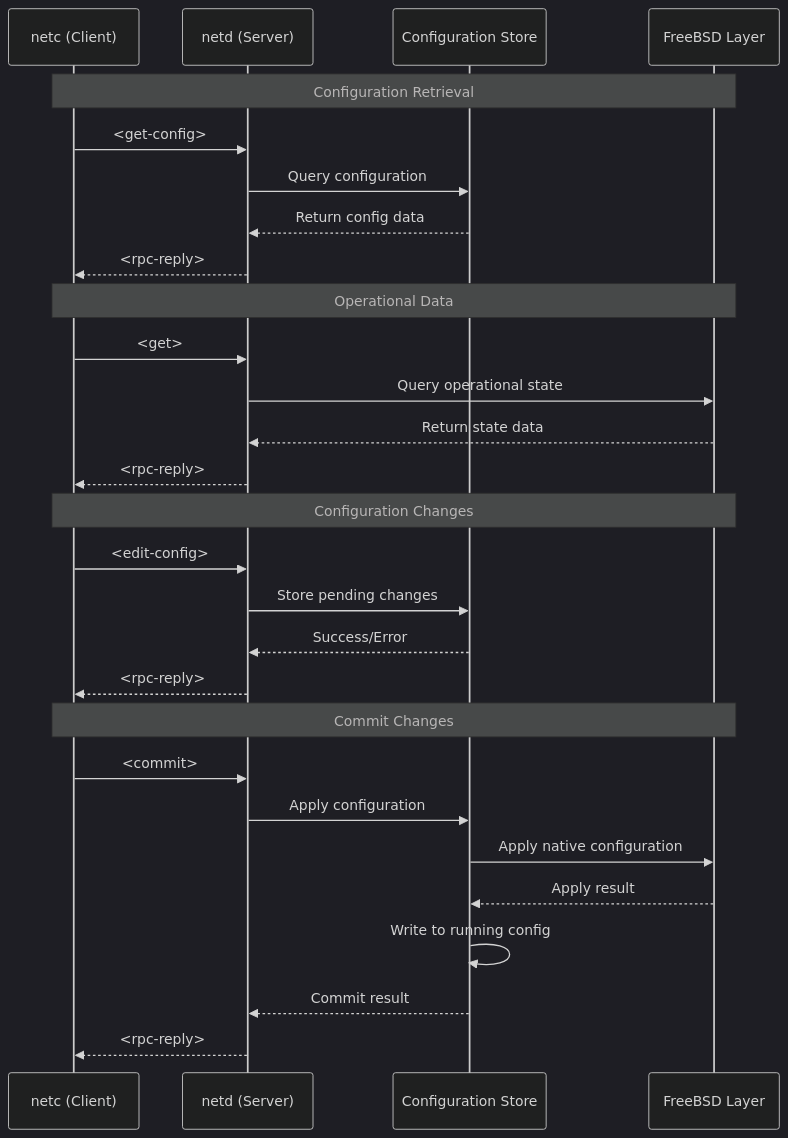
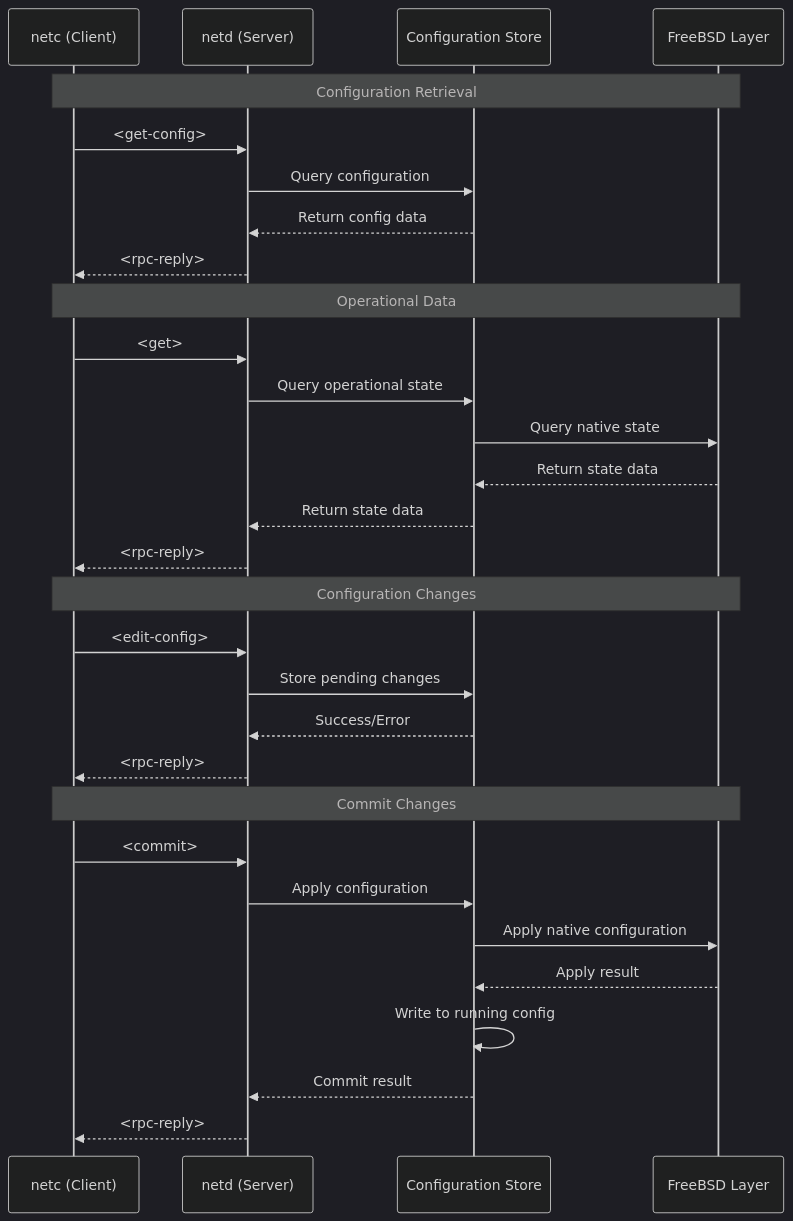
The third of 4 diagrams in README.md (Ravenhammer-Research/netd), drawn with Mermaid (dark theme) before and after one commit. The commit also changed other lines of this file, not shown here.

````diff
--- a/README.md
+++ b/README.md
@@ -446,34 +336,36 @@
 ```mermaid
 sequenceDiagram
     participant Client as netc (Client)
     participant Server as netd (Server)
     participant Store as Configuration Store
     participant FreeBSD as FreeBSD Layer
     
     Note over Client,FreeBSD: Configuration Retrieval
     Client->>Server: <get-config>
     Server->>Store: Query configuration
     Store-->>Server: Return config data
     Server-->>Client: <rpc-reply>
     
     Note over Client,FreeBSD: Operational Data
     Client->>Server: <get>
-    Server->>FreeBSD: Query operational state
-    FreeBSD-->>Server: Return state data
+    Server->>Store: Query operational state
+    Store->>FreeBSD: Query native state
+    FreeBSD-->>Store: Return state data
+    Store-->>Server: Return state data
     Server-->>Client: <rpc-reply>
     
     Note over Client,FreeBSD: Configuration Changes
     Client->>Server: <edit-config>
     Server->>Store: Store pending changes
     Store-->>Server: Success/Error
     Server-->>Client: <rpc-reply>
     
     Note over Client,FreeBSD: Commit Changes
     Client->>Server: <commit>
     Server->>Store: Apply configuration
     Store->>FreeBSD: Apply native configuration
     FreeBSD-->>Store: Apply result
     Store->>Store: Write to running config
     Store-->>Server: Commit result
     Server-->>Client: <rpc-reply>
 ```
````
